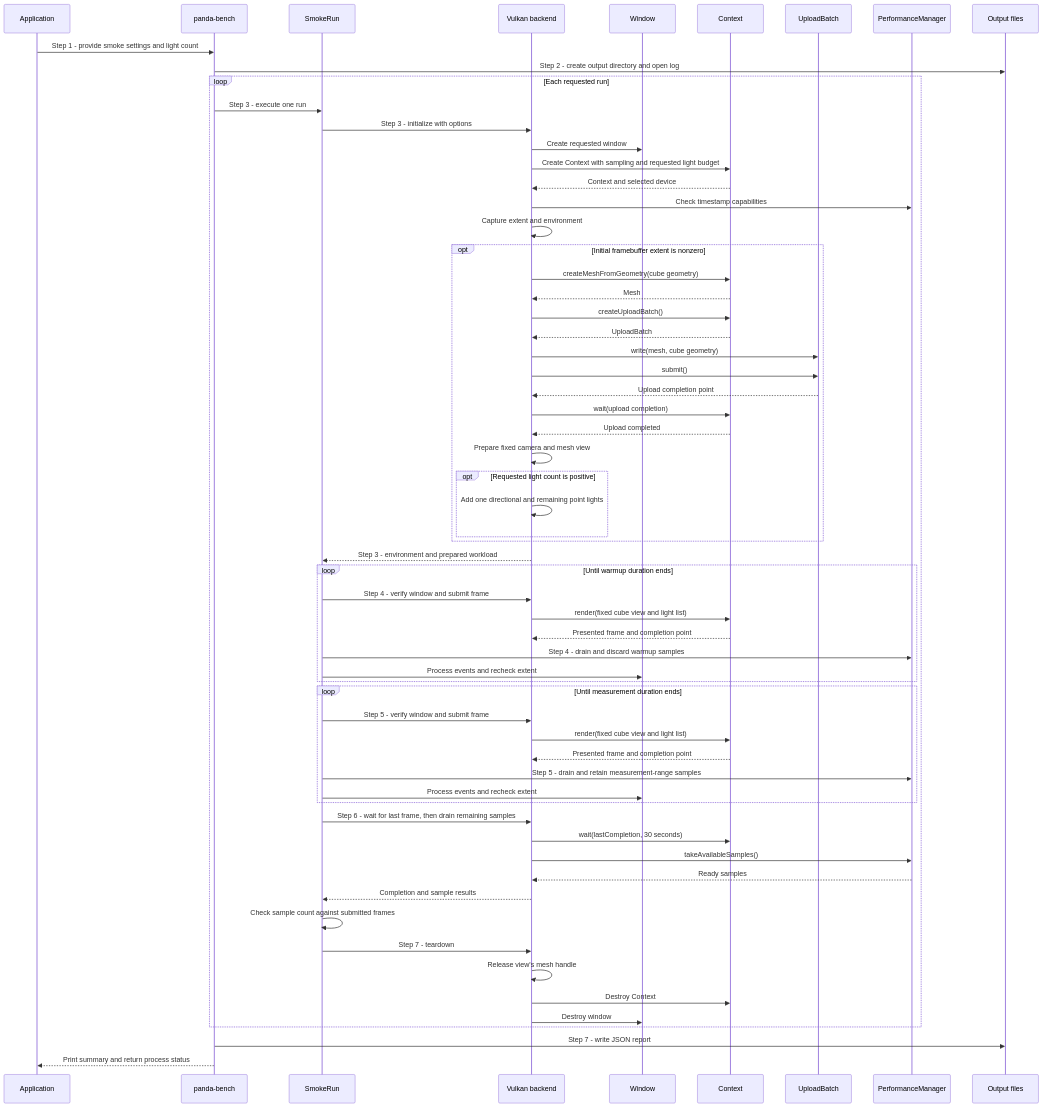
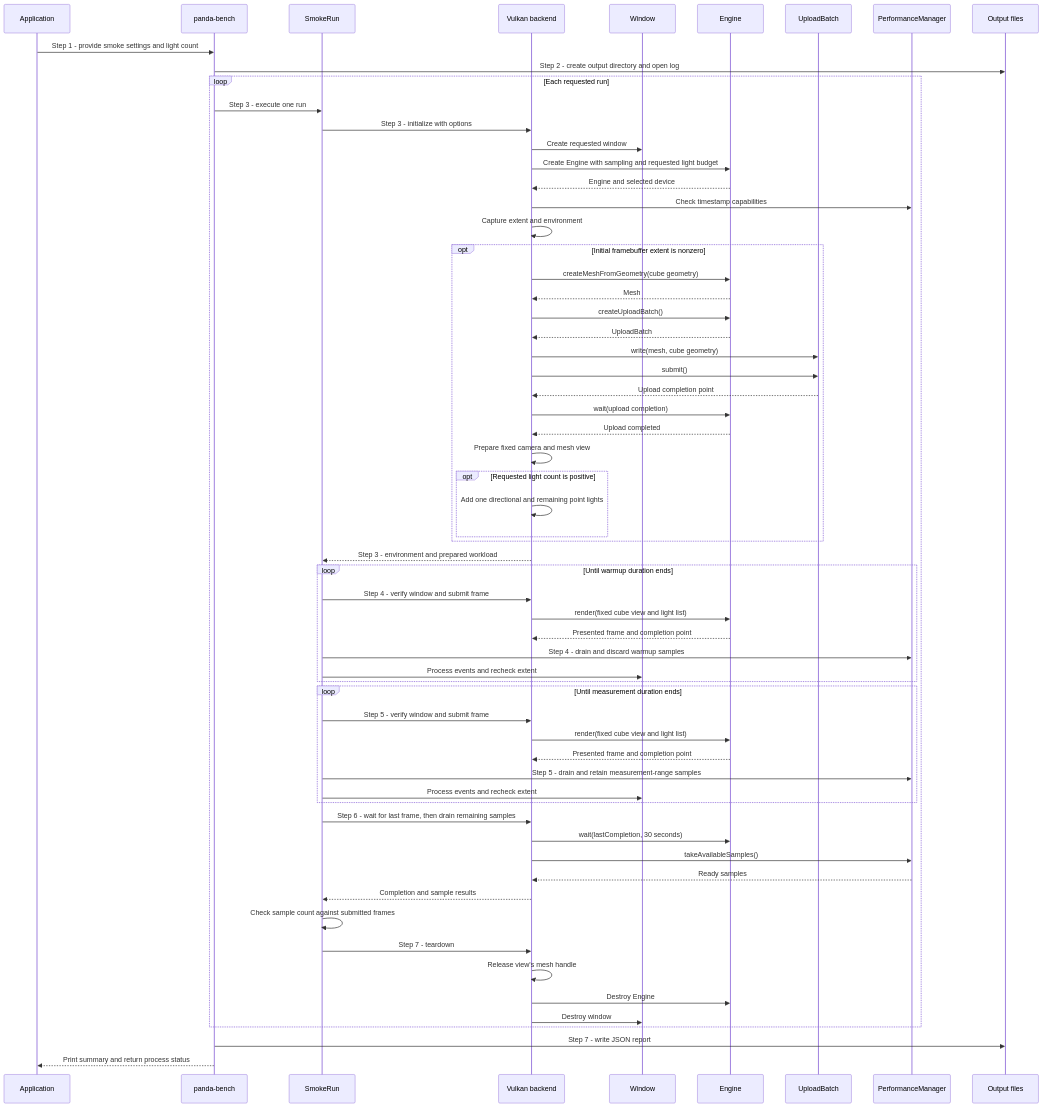
Before and after one commit to a-soltysik/Panda: the first of 2 diagrams in docs/use-cases/benchmark-smoke-run.md, drawn with Mermaid. The commit also changed other lines of this file and 158 other files, not shown here.

Commit message:
Refactor Vulkan Context API to Engine (#120)

````diff
--- a/docs/use-cases/benchmark-smoke-run.md
+++ b/docs/use-cases/benchmark-smoke-run.md
@@ -61,65 +61,65 @@
 ```mermaid
 sequenceDiagram
     participant A as Application
     participant M as panda-bench
     participant S as SmokeRun
     participant B as Vulkan backend
     participant W as Window
-    participant C as Context
+    participant C as Engine
     participant U as UploadBatch
     participant P as PerformanceManager
     participant F as Output files
     A ->> M: Step 1 - provide smoke settings and light count
     M ->> F: Step 2 - create output directory and open log
     loop Each requested run
         M ->> S: Step 3 - execute one run
         S ->> B: Step 3 - initialize with options
         B ->> W: Create requested window
-        B ->> C: Create Context with sampling and requested light budget
-        C -->> B: Context and selected device
+        B ->> C: Create Engine with sampling and requested light budget
+        C -->> B: Engine and selected device
         B ->> P: Check timestamp capabilities
         B ->> B: Capture extent and environment
         opt Initial framebuffer extent is nonzero
             B ->> C: createMeshFromGeometry(cube geometry)
             C -->> B: Mesh
             B ->> C: createUploadBatch()
             C -->> B: UploadBatch
             B ->> U: write(mesh, cube geometry)
             B ->> U: submit()
             U -->> B: Upload completion point
             B ->> C: wait(upload completion)
             C -->> B: Upload completed
             B ->> B: Prepare fixed camera and mesh view
             opt Requested light count is positive
                 B ->> B: Add one directional and remaining point lights
             end
         end
         B -->> S: Step 3 - environment and prepared workload
         loop Until warmup duration ends
             S ->> B: Step 4 - verify window and submit frame
             B ->> C: render(fixed cube view and light list)
             C -->> B: Presented frame and completion point
             S ->> P: Step 4 - drain and discard warmup samples
             S ->> W: Process events and recheck extent
         end
         loop Until measurement duration ends
             S ->> B: Step 5 - verify window and submit frame
             B ->> C: render(fixed cube view and light list)
             C -->> B: Presented frame and completion point
             S ->> P: Step 5 - drain and retain measurement-range samples
             S ->> W: Process events and recheck extent
         end
         S ->> B: Step 6 - wait for last frame, then drain remaining samples
         B ->> C: wait(lastCompletion, 30 seconds)
         B ->> P: takeAvailableSamples()
         P -->> B: Ready samples
         B -->> S: Completion and sample results
         S ->> S: Check sample count against submitted frames
         S ->> B: Step 7 - teardown
         B ->> B: Release view's mesh handle
-        B ->> C: Destroy Context
+        B ->> C: Destroy Engine
         B ->> W: Destroy window
     end
     M ->> F: Step 7 - write JSON report
     M -->> A: Print summary and return process status
 ```
````
